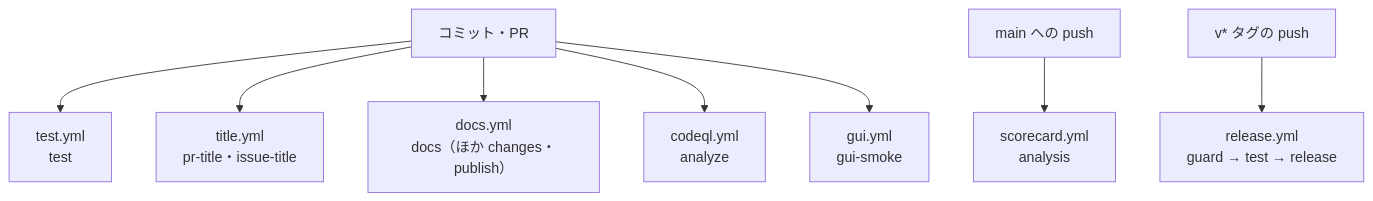
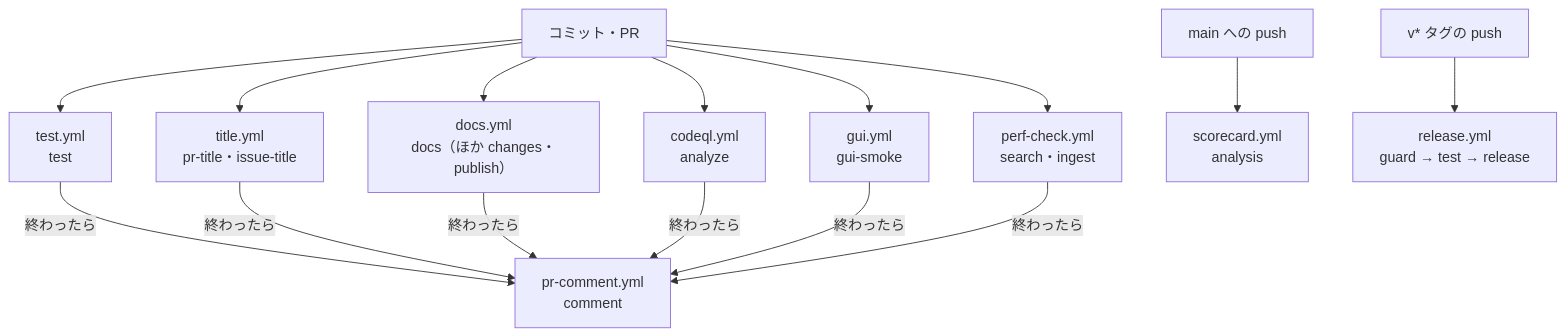
Before and after one commit to hsgwa/tebunko: the first of 2 diagrams in docs/design/testing/ci.md, drawn with Mermaid. The commit also changed other lines of this file and 4 other files, not shown here.

````diff
--- a/docs/design/testing/ci.md
+++ b/docs/design/testing/ci.md
@@ -5,10 +5,17 @@
 ```mermaid
 flowchart TD
     C["コミット・PR"] --> T["test.yml<br>test"]
     C --> TI["title.yml<br>pr-title・issue-title"]
     C --> D["docs.yml<br>docs（ほか changes・publish）"]
     C --> CQ["codeql.yml<br>analyze"]
     C --> G["gui.yml<br>gui-smoke"]
+    C --> PCK["perf-check.yml<br>search・ingest"]
     M["main への push"] --> SC["scorecard.yml<br>analysis"]
     TAG["v* タグの push"] --> R["release.yml<br>guard → test → release"]
+    T -- 終わったら --> PC["pr-comment.yml<br>comment"]
+    TI -- 終わったら --> PC
+    D -- 終わったら --> PC
+    CQ -- 終わったら --> PC
+    G -- 終わったら --> PC
+    PCK -- 終わったら --> PC
 ```
````
